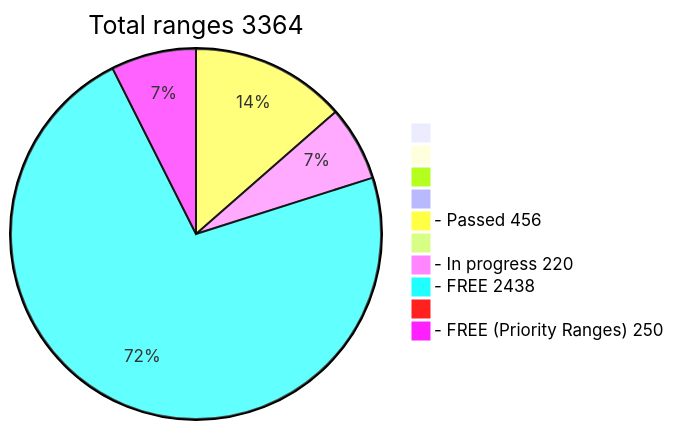
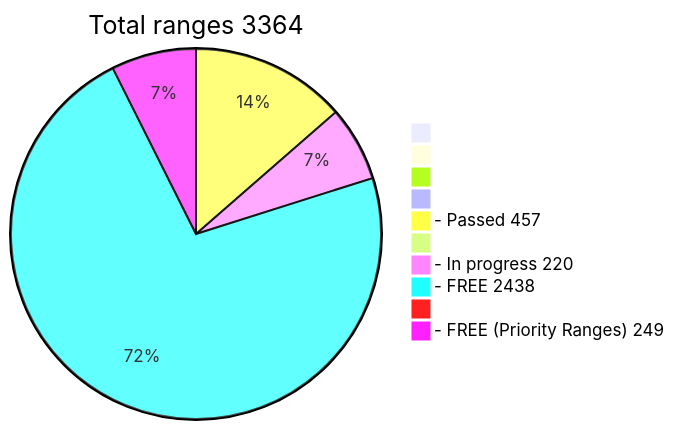
The diagram in README.md (phrutis/wif500), drawn with Mermaid before and after one commit.

````diff
--- a/README.md
+++ b/README.md
@@ -16,13 +16,13 @@
 ```mermaid
 pie title Total ranges 3364
              " " : 0
             "  " : 0
            "   " : 0
           "    " : 0
-  "- Passed 456" : 456
+  "- Passed 457" : 457
          "     " : 0
   "- In progress 220" : 220
    "- FREE 2438" : 2438
         "      " : 0
-  "- FREE (Priority Ranges) 250" : 250
+  "- FREE (Priority Ranges) 249" : 249
 ```
````
